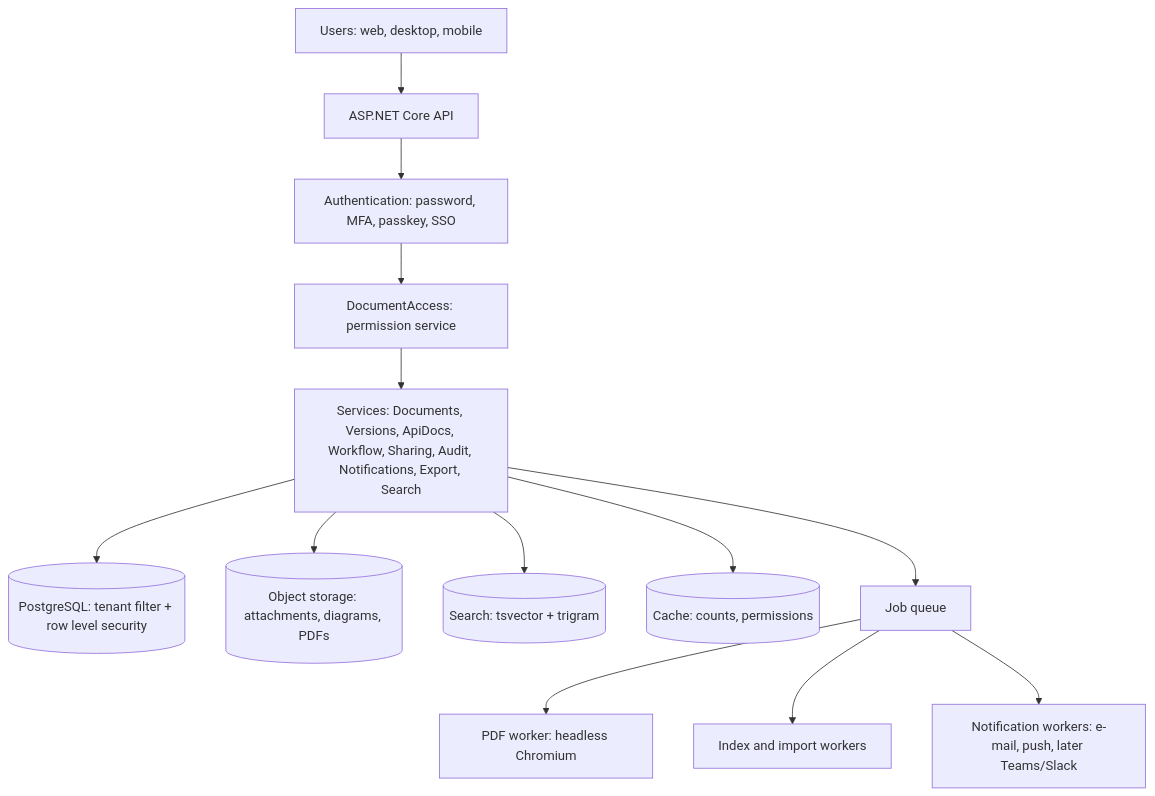
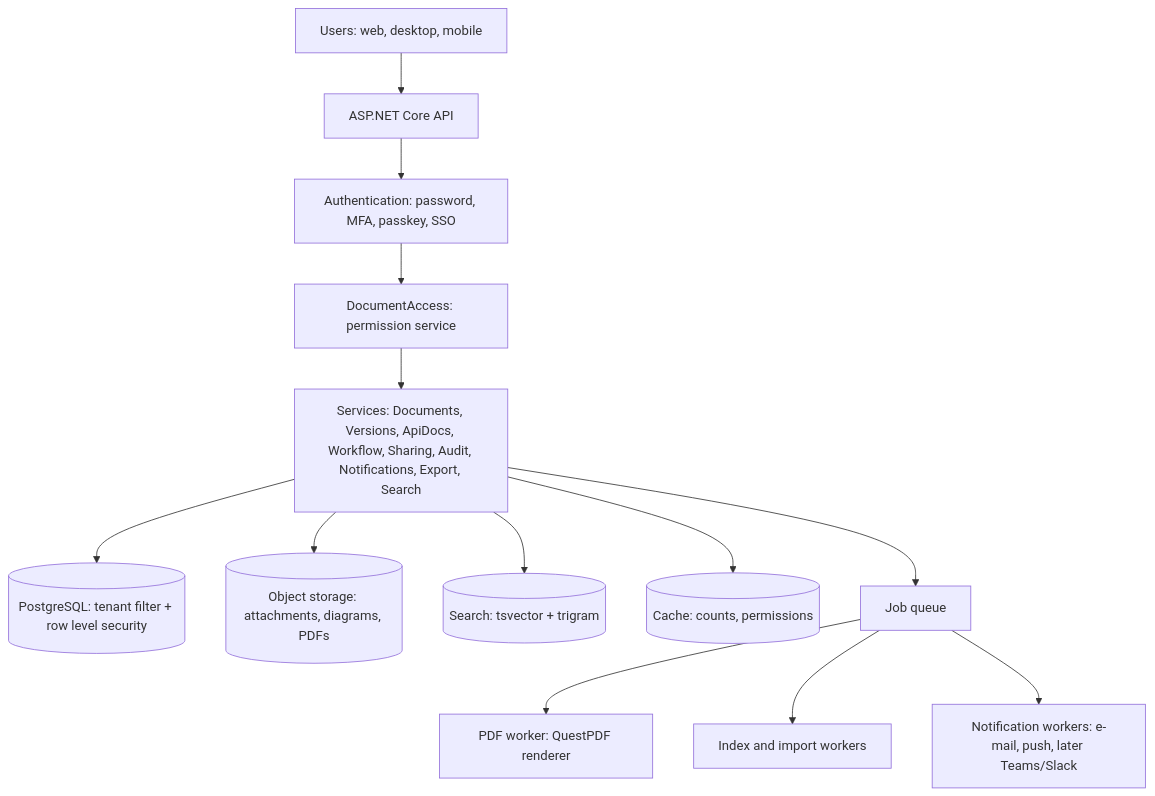
The second of 4 diagrams in docs/proposals/documentation-platform.md (projecttrackerindia/project-tracker), drawn with Mermaid before and after one commit. The commit also changed other lines of this file, not shown here.

First line of the commit message:
Proposal revision 2: no environments, links to projects and tasks, plan-based limits, QuestPDF, plan-linked retention

````diff
--- a/docs/proposals/documentation-platform.md
+++ b/docs/proposals/documentation-platform.md
@@ -334,15 +425,15 @@
 ```mermaid
 flowchart TD
   U[Users: web, desktop, mobile] --> API[ASP.NET Core API]
   API --> AUTH[Authentication: password, MFA, passkey, SSO]
   AUTH --> AZ[DocumentAccess: permission service]
   AZ --> SVC[Services: Documents, Versions, ApiDocs, Workflow, Sharing, Audit, Notifications, Export, Search]
   SVC --> DB[(PostgreSQL: tenant filter + row level security)]
   SVC --> OBJ[(Object storage: attachments, diagrams, PDFs)]
   SVC --> IDX[(Search: tsvector + trigram)]
   SVC --> CACHE[(Cache: counts, permissions)]
   SVC --> Q[Job queue]
-  Q --> W1[PDF worker: headless Chromium]
+  Q --> W1[PDF worker: QuestPDF renderer]
   Q --> W2[Index and import workers]
   Q --> W3[Notification workers: e-mail, push, later Teams/Slack]
 ```
````
